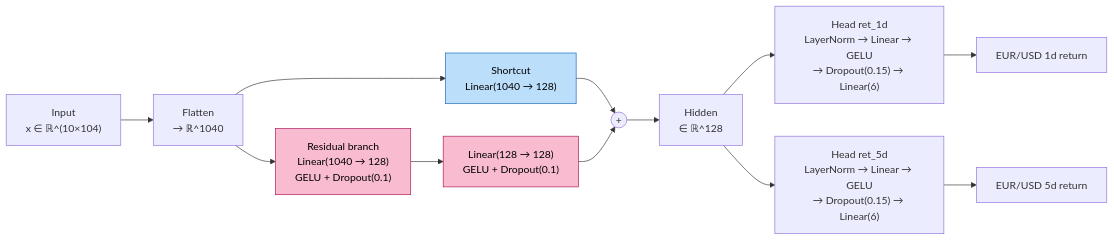
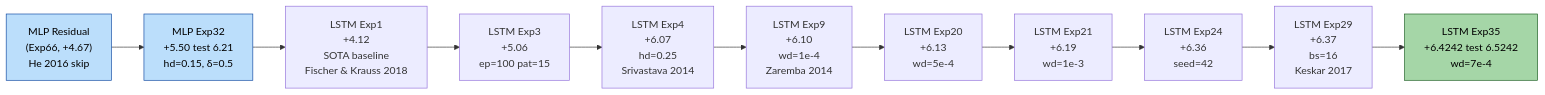
The fourth of 7 diagrams in autoresearch/autoresearch_results/medium_article.md (dlmastery/autoresearch), drawn with Mermaid before and after one commit. The commit also changed other lines of this file and 4 other files, not shown here.

````diff
--- a/autoresearch/autoresearch_results/medium_article.md
+++ b/autoresearch/autoresearch_results/medium_article.md
@@ -258,19 +222,21 @@
 ```mermaid
 flowchart LR
-    X["Input<br/>x ∈ ℝ^(10×104)"] --> F["Flatten<br/>→ ℝ^1040"]
-    F --> S["Shortcut<br/>Linear(1040 → 128)"]
-    F --> R1["Residual branch<br/>Linear(1040 → 128)<br/>GELU + Dropout(0.1)"]
-    R1 --> R2["Linear(128 → 128)<br/>GELU + Dropout(0.1)"]
-    S --> A(("+"))
-    R2 --> A
-    A --> H["Hidden<br/>∈ ℝ^128"]
-    H --> H1["Head ret_1d<br/>LayerNorm → Linear → GELU<br/>→ Dropout(0.15) → Linear(6)"]
-    H --> H5["Head ret_5d<br/>LayerNorm → Linear → GELU<br/>→ Dropout(0.15) → Linear(6)"]
-    H1 --> O1["EUR/USD 1d return"]
-    H5 --> O5["EUR/USD 5d return"]
+    MLPR["MLP Residual<br/>(Exp66, +4.67)<br/>He 2016 skip"]
+    MLP32["MLP Exp32<br/>+5.50 test 6.21<br/>hd=0.15, δ=0.5"]
+    LSTM1["LSTM Exp1<br/>+4.12<br/>SOTA baseline<br/>Fischer & Krauss 2018"]
+    LSTM3["LSTM Exp3<br/>+5.06<br/>ep=100 pat=15"]
+    LSTM4["LSTM Exp4<br/>+6.07<br/>hd=0.25<br/>Srivastava 2014"]
+    LSTM9["LSTM Exp9<br/>+6.10<br/>wd=1e-4<br/>Zaremba 2014"]
+    LSTM20["LSTM Exp20<br/>+6.13<br/>wd=5e-4"]
+    LSTM21["LSTM Exp21<br/>+6.19<br/>wd=1e-3"]
+    LSTM24["LSTM Exp24<br/>+6.36<br/>seed=42"]
+    LSTM29["LSTM Exp29<br/>+6.37<br/>bs=16<br/>Keskar 2017"]
+    LSTM35["LSTM Exp35<br/>+6.4242 test 6.5242<br/>wd=7e-4"]
 
-    classDef skip fill:#bbdefb,stroke:#1565c0,color:#000
-    classDef res fill:#f8bbd0,stroke:#ad1457,color:#000
-    class S skip
-    class R1,R2 res
+    MLPR --> MLP32 --> LSTM1 --> LSTM3 --> LSTM4 --> LSTM9 --> LSTM20 --> LSTM21 --> LSTM24 --> LSTM29 --> LSTM35
+
+    classDef champ fill:#a5d6a7,stroke:#1b5e20,color:#000
+    classDef mlp fill:#bbdefb,stroke:#0d47a1,color:#000
+    class LSTM35 champ
+    class MLPR,MLP32 mlp
 ```
````
